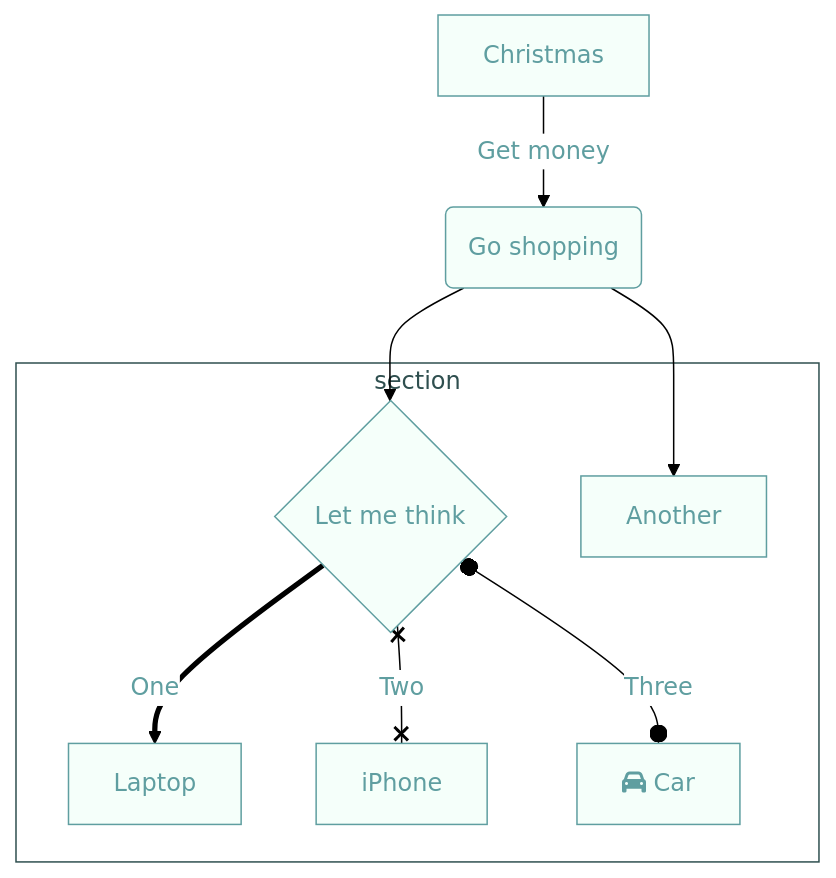
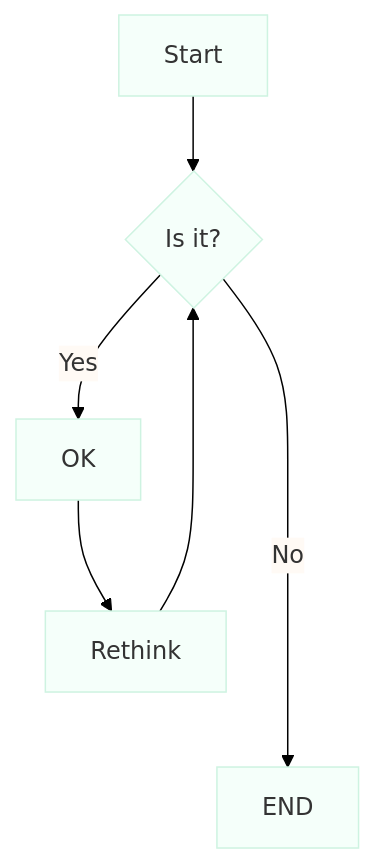
The diagram in docs/README.md (tiffehr/collaboration-capstone), drawn with Mermaid before and after one commit.

Commit message:
attempt No. 3 at theme-modification for Mermain

```diff
--- a/docs/README.md
+++ b/docs/README.md
@@ -21,17 +21,9 @@
 <div class="mermaid">
-%%{init: { "theme": "base", "themeVariables": { "background": "white", "primaryColor": "mintcream", "secondaryBorderColor": "cadetblue", "primaryTextColor": "cadetblue", "clusterBorder": "darkslategrey", "nodeBorder": "cadetblue", "clusterBkg": "white", "nodeTextColor": "darkslategrey", "defaultLinkColor": "cadetblue", "titleColor": "darkslategrey", "edgeLabelBackground": "white"}}}%%
+%%{init: { "theme": "base", "themeVariables": { "background": "white", "primaryColor": "mintcream", "secondaryBorderColor": "cadetblue"}}}%%
 flowchart TD
-  A[Christmas] -->|Get money| B(Go shopping)
-  B --> C{Let me think}
-  B --> G[Another]
-  C ==>|One| D[Laptop]
-  C x--x|Two| E[iPhone]
-  C o--o|Three| F[fa:fa-car Car]
-  subgraph section
-    C
-    D
-    E
-    F
-    G
-  end
+  A[Start] --> B{Is it?}
+  B -->|Yes| C[OK]
+  C --> D[Rethink]
+  D --> B
+  B ---->|No| E[END]
 </div>
```
